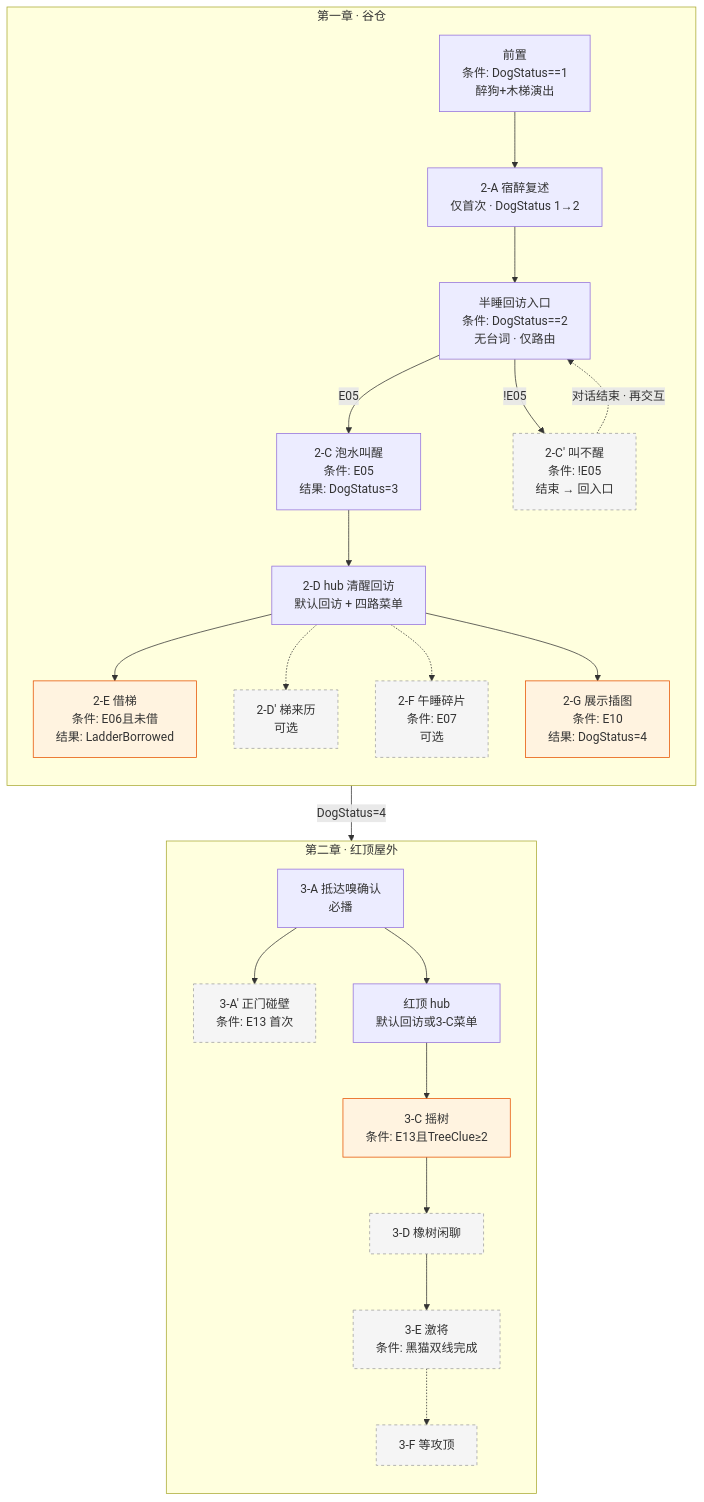
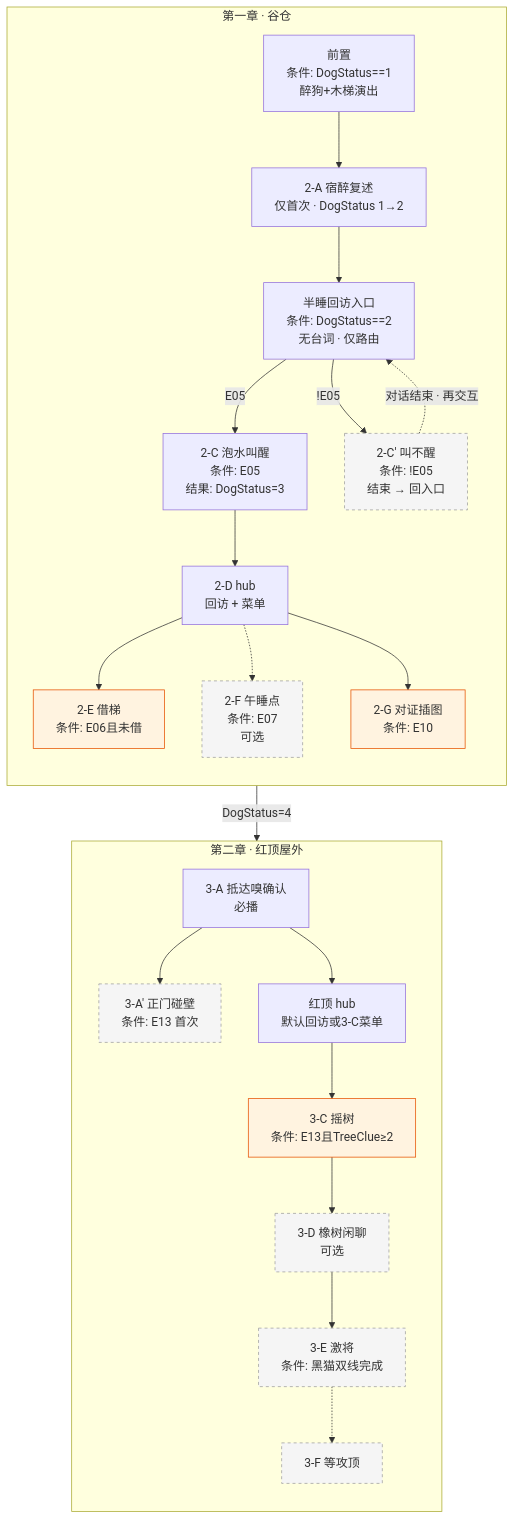
The diagram in docs/characters/大黄-对话脚本-树状样章.md (bestdtang/MissingEggDoc), drawn with Mermaid before and after one commit. The commit also changed other lines of this file and 2 other files, not shown here.

````diff
--- a/docs/characters/大黄-对话脚本-树状样章.md
+++ b/docs/characters/大黄-对话脚本-树状样章.md
@@ -40,52 +40,50 @@
 ```mermaid
 flowchart TD
   subgraph S1 ["第一章 · 谷仓"]
     direction TB
     P1["前置<br/>条件: DogStatus==1<br/>醉狗+木梯演出"]
     A["2-A 宿醉复述<br/>仅首次 · DogStatus 1→2"]
     ENT["半睡回访入口<br/>条件: DogStatus==2<br/>无台词 · 仅路由"]
     CP["2-C′ 叫不醒<br/>条件: !E05<br/>结束 → 回入口"]
     C["2-C 泡水叫醒<br/>条件: E05<br/>结果: DogStatus=3"]
-    HUB["2-D hub 清醒回访<br/>默认回访 + 四路菜单"]
-    E["2-E 借梯<br/>条件: E06且未借<br/>结果: LadderBorrowed"]
-    DP["2-D′ 梯来历<br/>可选"]
-    F["2-F 午睡碎片<br/>条件: E07<br/>可选"]
-    G["2-G 展示插图<br/>条件: E10<br/>结果: DogStatus=4"]
+    HUB["2-D hub<br/>回访 + 菜单"]
+    E["2-E 借梯<br/>条件: E06且未借"]
+    F["2-F 午睡点<br/>条件: E07<br/>可选"]
+    G["2-G 对证插图<br/>条件: E10"]
 
     P1 --> A
     A --> ENT
     ENT -->|E05| C
     ENT -->|!E05| CP
     CP -.->|对话结束 · 再交互| ENT
     C --> HUB
     HUB --> E
-    HUB -.-> DP
     HUB -.-> F
     HUB --> G
   end
 
   subgraph S2 ["第二章 · 红顶屋外"]
     direction TB
     A3["3-A 抵达嗅确认<br/>必播"]
     AP["3-A′ 正门碰壁<br/>条件: E13 首次"]
     RHUB["红顶 hub<br/>默认回访或3-C菜单"]
     CC["3-C 摇树<br/>条件: E13且TreeClue≥2"]
-    D["3-D 橡树闲聊"]
+    D["3-D 橡树闲聊<br/>可选"]
     EE["3-E 激将<br/>条件: 黑猫双线完成"]
     FF["3-F 等攻顶"]
 
     A3 --> AP
     A3 --> RHUB
     RHUB --> CC
     CC --> D
     D --> EE
     EE -.-> FF
   end
 
   G -->|DogStatus=4| A3
 
   classDef key fill:#fff3e0,stroke:#e65100
   classDef opt fill:#f5f5f5,stroke:#9e9e9e,stroke-dasharray:4 4
   class E,G,CC key
-  class CP,DP,F,D,EE,FF,AP opt
+  class CP,F,D,EE,FF,AP opt
 ```
````
